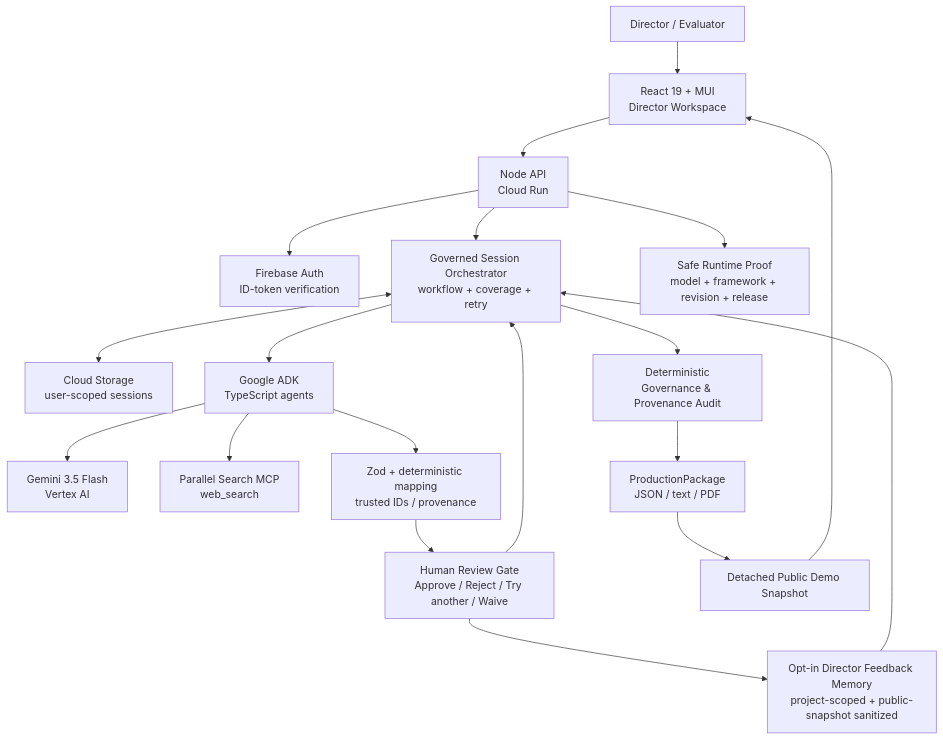
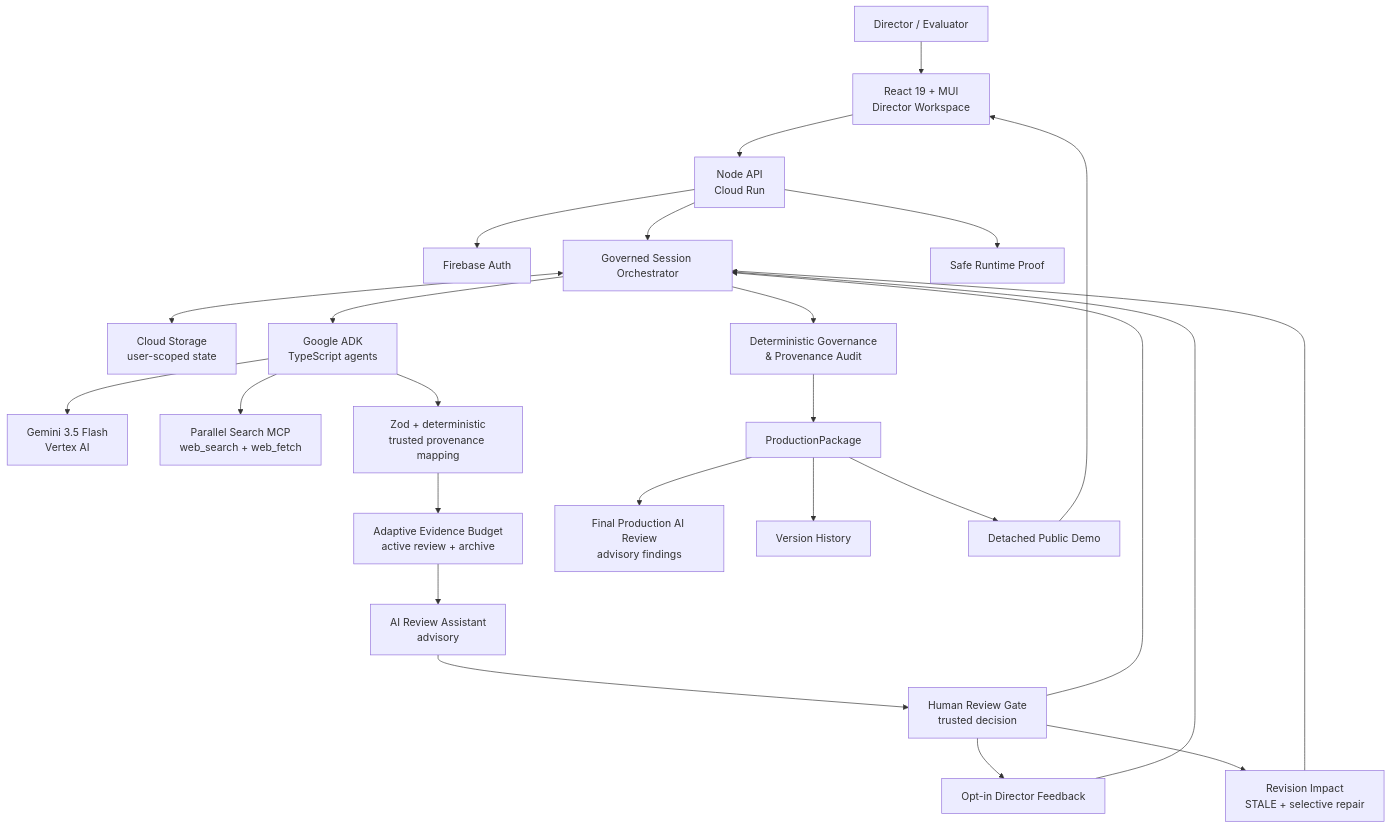
One commit to amin076/tital changed the first of 2 diagrams in docs/hackathon/all-things-agentic/ARCHITECTURE.md. Above: the diagram before and after it, drawn with Mermaid. The commit also changed other lines of this file, not shown here.

Commit message:
docs: update hackathon architecture for evidence budgeting and revisions

````diff
--- a/docs/hackathon/all-things-agentic/ARCHITECTURE.md
+++ b/docs/hackathon/all-things-agentic/ARCHITECTURE.md
@@ -9,31 +11,37 @@
 ```mermaid
 flowchart TB
     U[Director / Evaluator]
     WEB[React 19 + MUI\nDirector Workspace]
     API[Node API\nCloud Run]
-    AUTH[Firebase Auth\nID-token verification]
-    ORCH[Governed Session Orchestrator\nworkflow + coverage + retry]
-    STORE[Cloud Storage\nuser-scoped sessions]
+    AUTH[Firebase Auth]
+    ORCH[Governed Session Orchestrator]
+    STORE[Cloud Storage\nuser-scoped state]
     ADK[Google ADK\nTypeScript agents]
     GEM[Gemini 3.5 Flash\nVertex AI]
-    PAR[Parallel Search MCP\nweb_search]
-    VALID[Zod + deterministic mapping\ntrusted IDs / provenance]
-    HUMAN[Human Review Gate\nApprove / Reject / Try another / Waive]
-    MEMORY[Opt-in Director Feedback Memory\nproject-scoped + public-snapshot sanitized]
-    AUDIT[Deterministic\nGovernance & Provenance Audit]
-    PKG[ProductionPackage\nJSON / text / PDF]
-    DEMO[Detached Public Demo Snapshot]
-    RUNTIME[Safe Runtime Proof\nmodel + framework + revision + release]
+    PAR[Parallel Search MCP\nweb_search + web_fetch]
+    VALID[Zod + deterministic\ntrusted provenance mapping]
+    BUDGET[Adaptive Evidence Budget\nactive review + archive]
+    AIREV[AI Review Assistant\nadvisory]
+    HUMAN[Human Review Gate\ntrusted decision]
+    MEMORY[Opt-in Director Feedback]
+    AUDIT[Deterministic Governance\n& Provenance Audit]
+    PKG[ProductionPackage]
+    FINAL[Final Production AI Review\nadvisory findings]
+    REV[Revision Impact\nSTALE + selective repair]
+    VER[Version History]
+    DEMO[Detached Public Demo]
+    RUNTIME[Safe Runtime Proof]
 
     U --> WEB --> API
     API --> AUTH
-    API --> ORCH
-    ORCH <--> STORE
+    API --> ORCH <--> STORE
     ORCH --> ADK --> GEM
     ADK --> PAR
-    ADK --> VALID --> HUMAN --> ORCH
+    ADK --> VALID --> BUDGET --> AIREV --> HUMAN --> ORCH
     HUMAN --> MEMORY --> ORCH
-    ORCH --> AUDIT --> PKG
+    ORCH --> AUDIT --> PKG --> FINAL
+    HUMAN --> REV --> ORCH
+    PKG --> VER
     PKG --> DEMO --> WEB
     API --> RUNTIME
 ```
````
